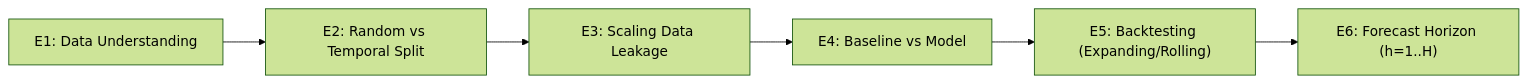
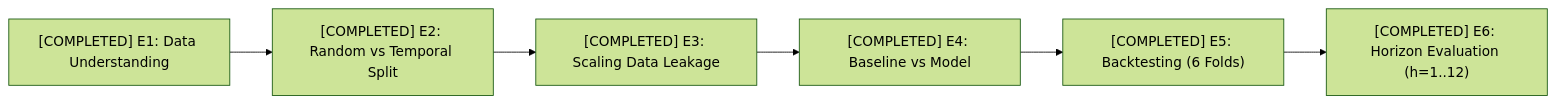
One commit to Tuvienn/TOTAL_LAB_PRACTICE_FOR_TIME_SERIES changed the second of 2 diagrams in Presentation-24.10.2026/docs/plans/project_plan_summary.md. Above: the diagram before and after it, drawn with Mermaid (forest theme). The commit also changed other lines of this file and 9 other files, not shown here.

````diff
--- a/Presentation-24.10.2026/docs/plans/project_plan_summary.md
+++ b/Presentation-24.10.2026/docs/plans/project_plan_summary.md
@@ -74,8 +67,8 @@
 ```mermaid
 flowchart LR
-    E1["E1: Data Understanding"] --> E2["E2: Random vs Temporal Split"]
-    E2 --> E3["E3: Scaling Data Leakage"]
-    E3 --> E4["E4: Baseline vs Model"]
-    E4 --> E5["E5: Backtesting (Expanding/Rolling)"]
-    E5 --> E6["E6: Forecast Horizon (h=1..H)"]
+    E1["[COMPLETED] E1: Data Understanding"] --> E2["[COMPLETED] E2: Random vs Temporal Split"]
+    E2 --> E3["[COMPLETED] E3: Scaling Data Leakage"]
+    E3 --> E4["[COMPLETED] E4: Baseline vs Model"]
+    E4 --> E5["[COMPLETED] E5: Backtesting (6 Folds)"]
+    E5 --> E6["[COMPLETED] E6: Horizon Evaluation (h=1..12)"]
 ```
````
